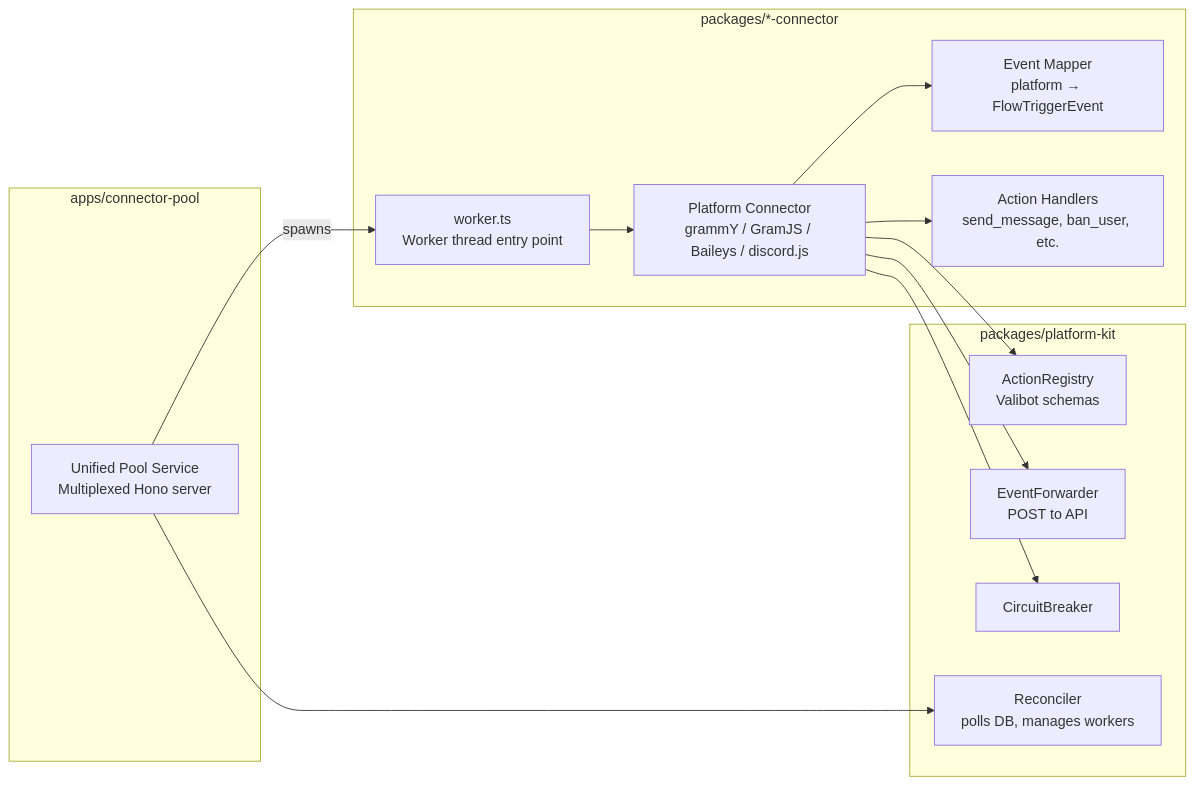
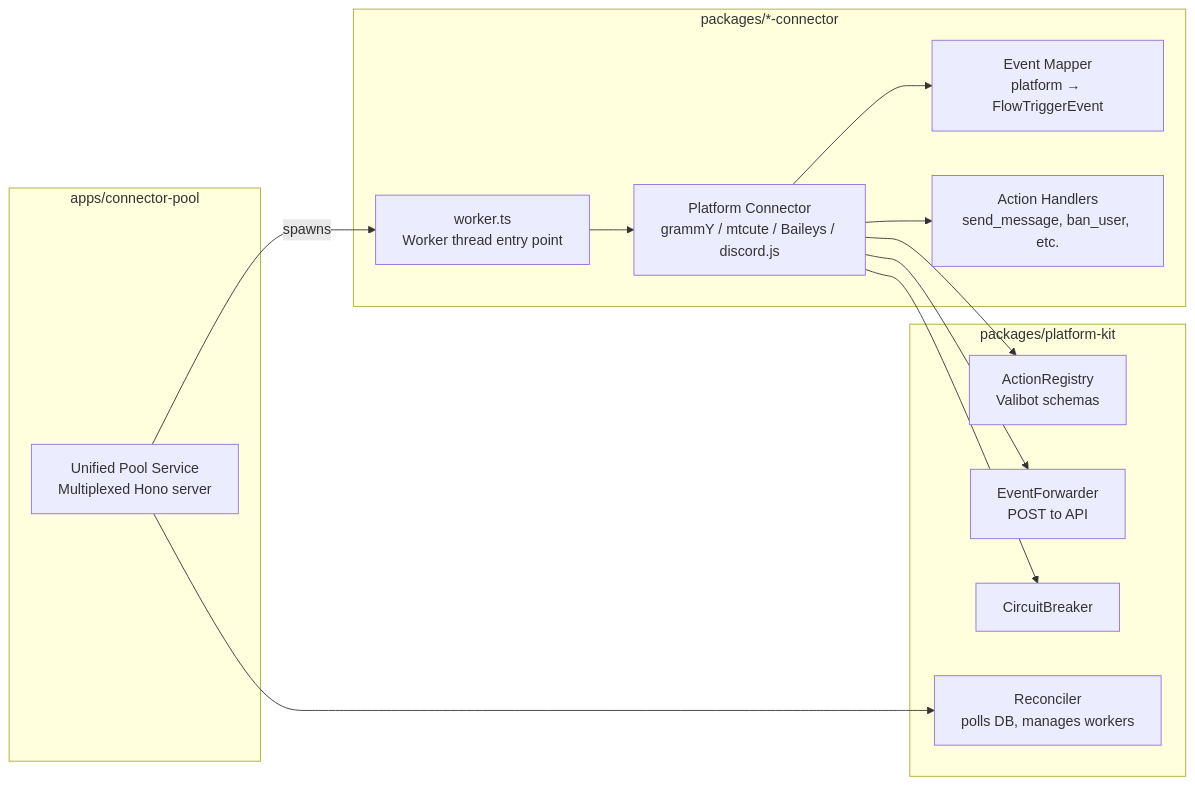
One commit to kolezka/flowbot changed the second of 10 diagrams in docs/system-design.md. Above: the diagram before and after it, drawn with Mermaid. The commit also changed other lines of this file and 5 other files, not shown here.

Commit message:
docs: update GramJS references to mtcute across docs directory

````diff
--- a/docs/system-design.md
+++ b/docs/system-design.md
@@ -67,29 +67,29 @@
 ```mermaid
 graph LR
     subgraph "packages/platform-kit"
         AR[ActionRegistry<br/>Valibot schemas]
         EF[EventForwarder<br/>POST to API]
         CB[CircuitBreaker]
         REC[Reconciler<br/>polls DB, manages workers]
     end
 
     subgraph "packages/*-connector"
-        CON[Platform Connector<br/>grammY / GramJS / Baileys / discord.js]
+        CON[Platform Connector<br/>grammY / mtcute / Baileys / discord.js]
         WRK[worker.ts<br/>Worker thread entry point]
         MAP[Event Mapper<br/>platform → FlowTriggerEvent]
         ACT[Action Handlers<br/>send_message, ban_user, etc.]
     end
 
     subgraph "apps/connector-pool"
         POOL[Unified Pool Service<br/>Multiplexed Hono server]
     end
 
     POOL -->|spawns| WRK
     WRK --> CON
     CON --> AR
     CON --> EF
     CON --> CB
     CON --> MAP
     CON --> ACT
     POOL --> REC
 ```
````
